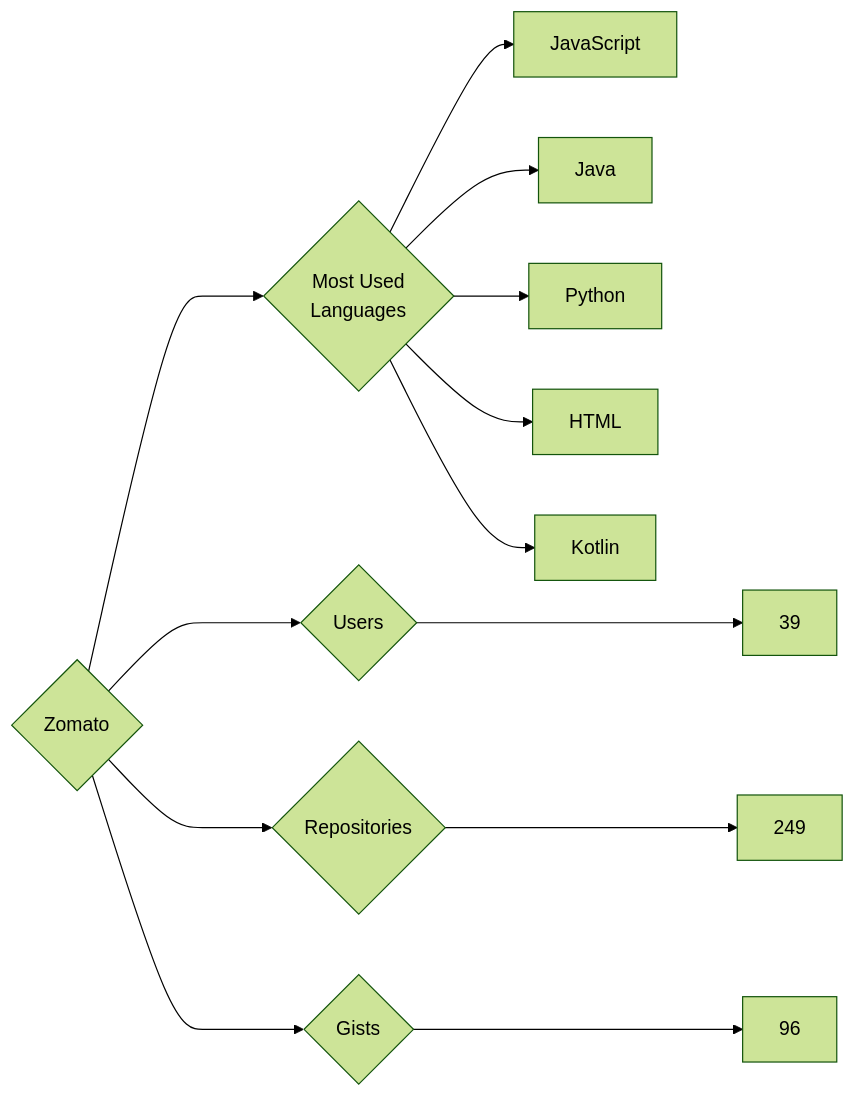
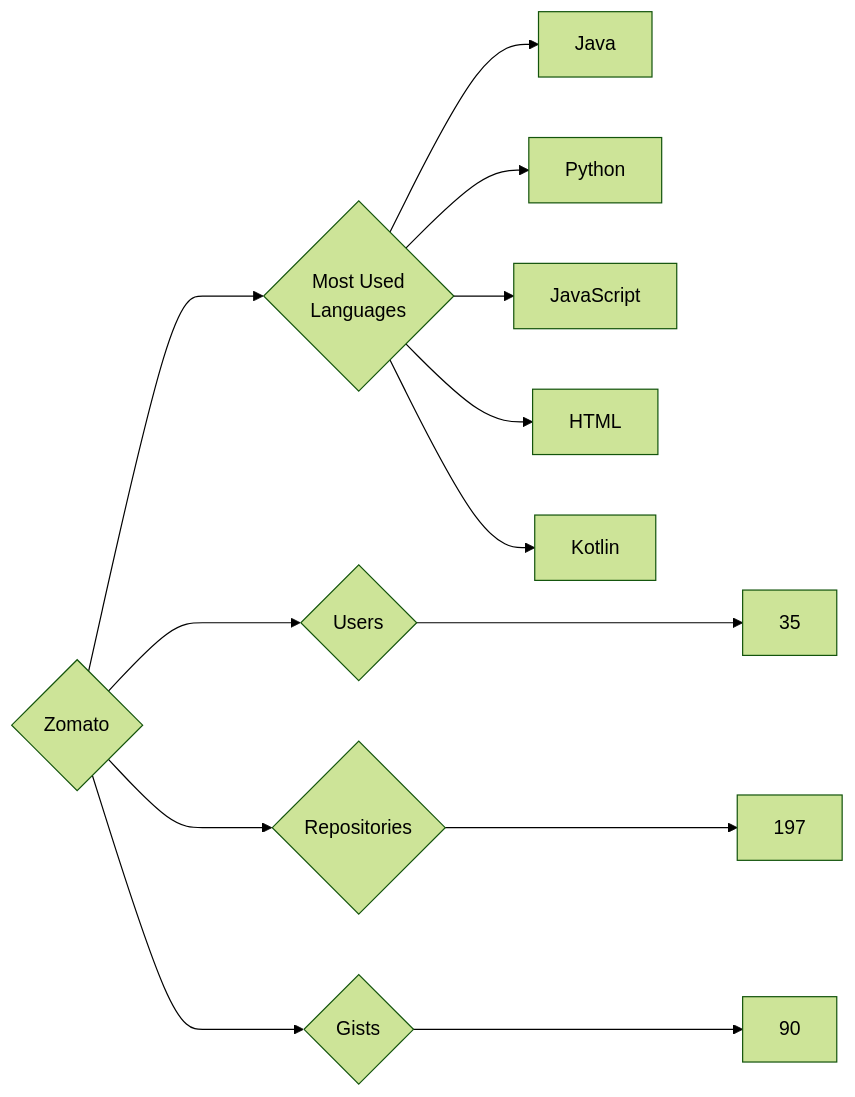
The diagram in targets/Zomato/README.md (trickest/insiders), drawn with Mermaid (forest theme) before and after one commit. The commit also changed 920 other files, not shown here.

````diff
--- a/targets/Zomato/README.md
+++ b/targets/Zomato/README.md
@@ -3,13 +3,13 @@
 ```mermaid
 graph LR
 COMPANY_NAME{Zomato}
-COMPANY_NAME ---> U{Users} ---> UN[39]
-COMPANY_NAME ---> R{Repositories} ---> RN[249]
-COMPANY_NAME ---> G{Gists} ---> GN[96]
+COMPANY_NAME ---> U{Users} ---> UN[35]
+COMPANY_NAME ---> R{Repositories} ---> RN[197]
+COMPANY_NAME ---> G{Gists} ---> GN[90]
 COMPANY_NAME ---> ML{Most Used<br>Languages}
-ML --> JavaScript[JavaScript]
 ML --> Java[Java]
 ML --> Python[Python]
+ML --> JavaScript[JavaScript]
 ML --> HTML[HTML]
 ML --> Kotlin[Kotlin]
 ```
````
